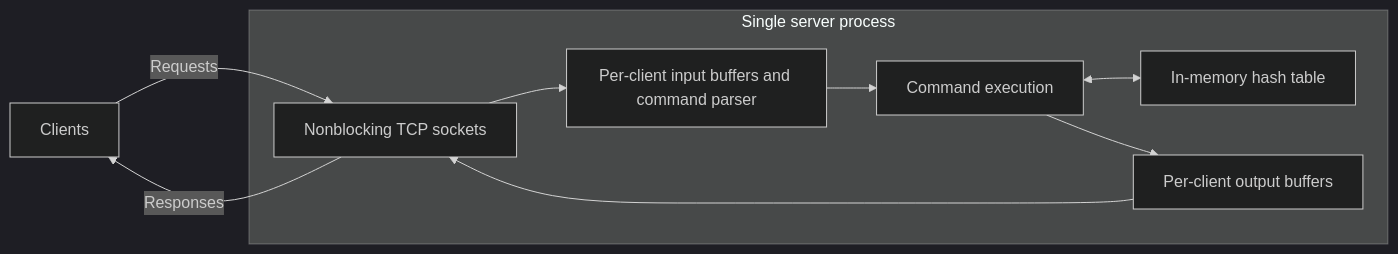
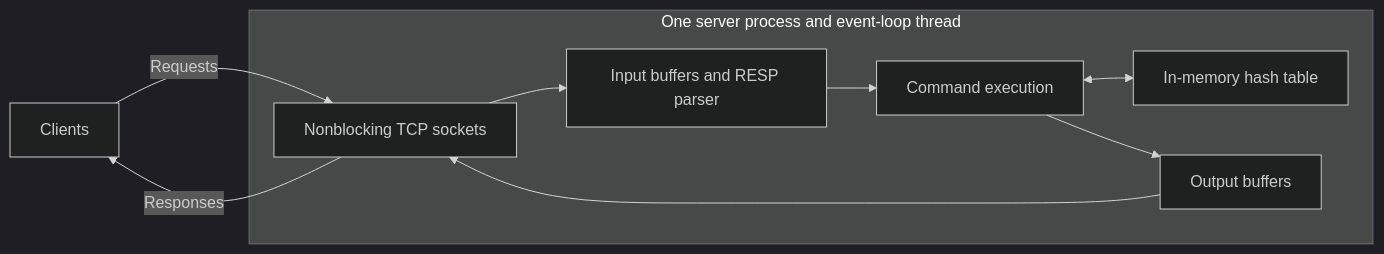
The first of 3 diagrams in redis/minimal-design.md (moadabdou/system_design), drawn with Mermaid (dark theme) before and after one commit. The commit also changed other lines of this file and 28 other files, not shown here.

````diff
--- a/redis/minimal-design.md
+++ b/redis/minimal-design.md
@@ -14,18 +17,18 @@
 ```mermaid
 flowchart LR
     Client[Clients]
-    subgraph Server[Single server process]
+    subgraph Server[One server process and event-loop thread]
         Network[Nonblocking TCP sockets]
-        Input[Per-client input buffers and command parser]
+        Input[Input buffers and RESP parser]
         Executor[Command execution]
         Store[In-memory hash table]
-        Output[Per-client output buffers]
+        Output[Output buffers]
         Network --> Input
         Input --> Executor
         Executor <--> Store
         Executor --> Output
         Output --> Network
     end
     Client -->|Requests| Network
     Network -->|Responses| Client
 ```
````
